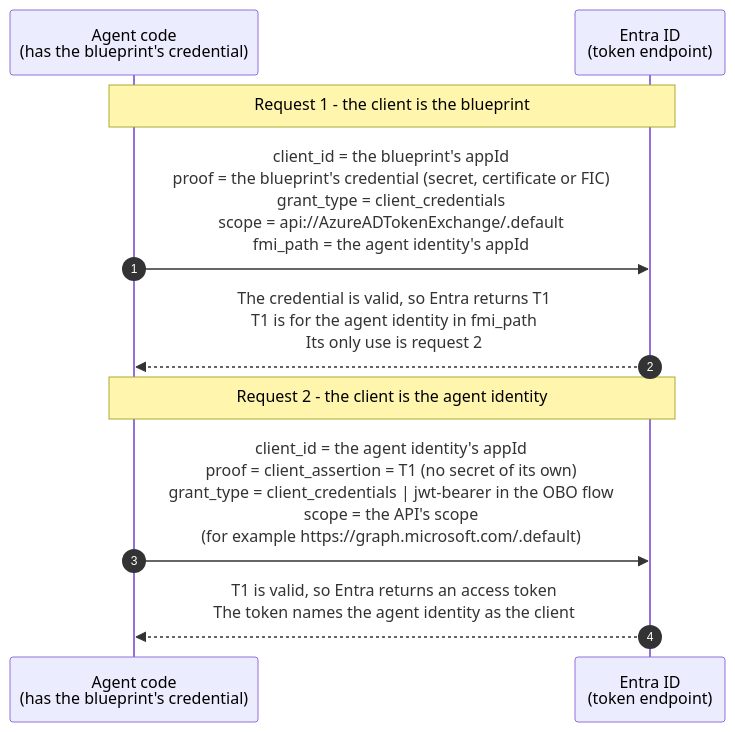
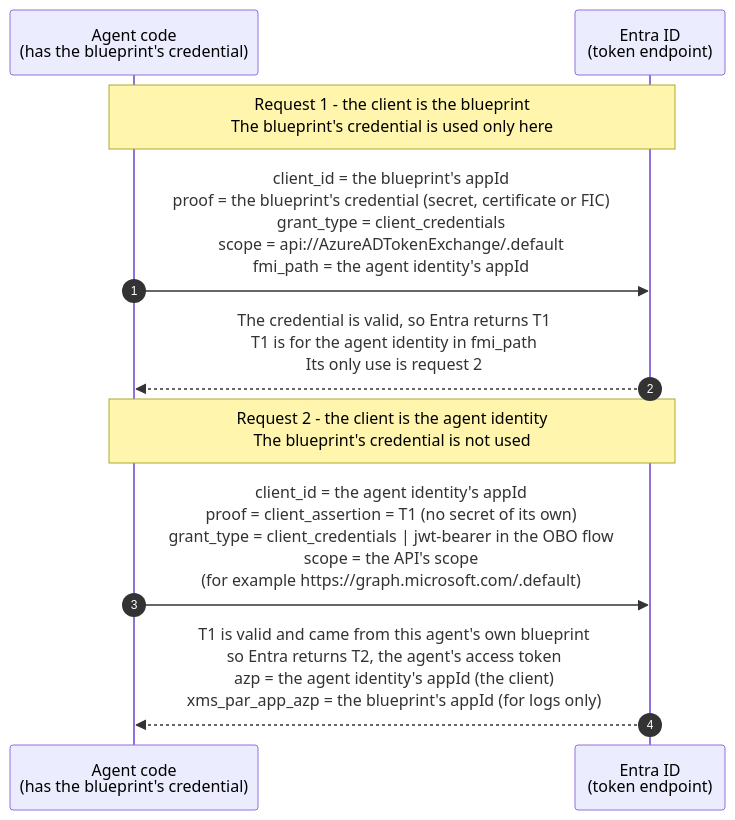
The second of 2 diagrams in GLOSSARY.md (alireza-mpr/agent-steward), drawn with Mermaid before and after one commit. The commit also changed other lines of this file, not shown here.

Commit message:
docs(glossary): explain the identity/credential split, T1 vs T2 roles, and why two requests

````diff
--- a/GLOSSARY.md
+++ b/GLOSSARY.md
@@ -109,14 +125,14 @@
 ```mermaid
 sequenceDiagram
     autonumber
     participant Code as Agent code<br/>(has the blueprint's credential)
     participant Entra as Entra ID<br/>(token endpoint)
 
-    Note over Code,Entra: Request 1 - the client is the blueprint
+    Note over Code,Entra: Request 1 - the client is the blueprint<br/>The blueprint's credential is used only here
     Code->>Entra: client_id = the blueprint's appId<br/>proof = the blueprint's credential (secret, certificate or FIC)<br/>grant_type = client_credentials<br/>scope = api://AzureADTokenExchange/.default<br/>fmi_path = the agent identity's appId
     Entra-->>Code: The credential is valid, so Entra returns T1<br/>T1 is for the agent identity in fmi_path<br/>Its only use is request 2
 
-    Note over Code,Entra: Request 2 - the client is the agent identity
+    Note over Code,Entra: Request 2 - the client is the agent identity<br/>The blueprint's credential is not used
     Code->>Entra: client_id = the agent identity's appId<br/>proof = client_assertion = T1 (no secret of its own)<br/>grant_type = client_credentials | jwt-bearer in the OBO flow<br/>scope = the API's scope<br/>(for example https://graph.microsoft.com/.default)
-    Entra-->>Code: T1 is valid, so Entra returns an access token<br/>The token names the agent identity as the client
+    Entra-->>Code: T1 is valid and came from this agent's own blueprint<br/>so Entra returns T2, the agent's access token<br/>azp = the agent identity's appId (the client)<br/>xms_par_app_azp = the blueprint's appId (for logs only)
 ```
````
